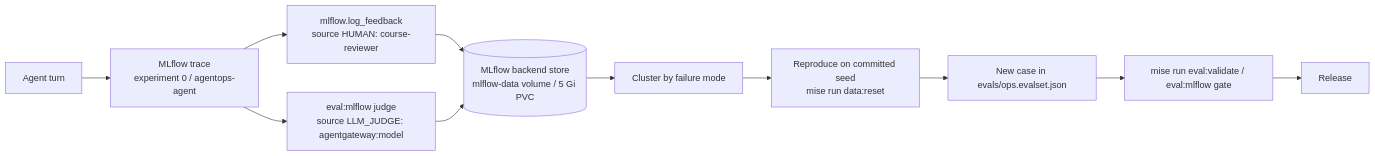
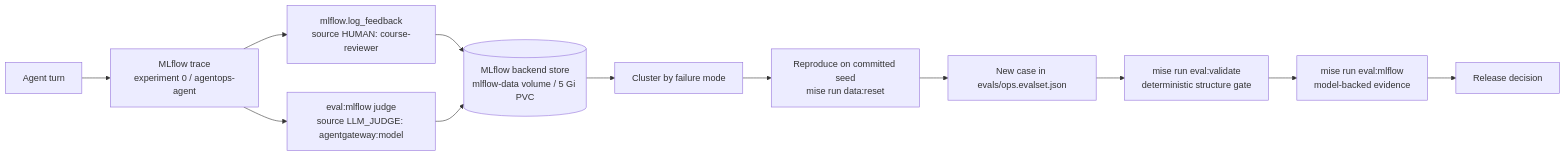
One commit to LuiGGi629/agentops-open-course changed the diagram in docs/7. Observability/7.4. Feedback.md. Above: the diagram before and after it, drawn with Mermaid. The commit also changed other lines of this file and 58 other files, not shown here.

````diff
--- a/docs/7. Observability/7.4. Feedback.md
+++ b/docs/7. Observability/7.4. Feedback.md
@@ -157,13 +159,14 @@
 ```mermaid
 flowchart LR
   turn["Agent turn"] --> trace["MLflow trace<br/>experiment 0 / agentops-agent"]
   trace --> human["mlflow.log_feedback<br/>source HUMAN: course-reviewer"]
   trace --> judge["eval:mlflow judge<br/>source LLM_JUDGE: agentgateway:model"]
   human --> store[("MLflow backend store<br/>mlflow-data volume / 5 Gi PVC")]
   judge --> store
   store --> cluster["Cluster by failure mode"]
   cluster --> repro["Reproduce on committed seed<br/>mise run data:reset"]
   repro --> case["New case in evals/ops.evalset.json"]
-  case --> gate["mise run eval:validate / eval:mlflow gate"]
-  gate --> release["Release"]
+  case --> gate["mise run eval:validate<br/>deterministic structure gate"]
+  gate --> evidence["mise run eval:mlflow<br/>model-backed evidence"]
+  evidence --> release["Release decision"]
 ```
````
